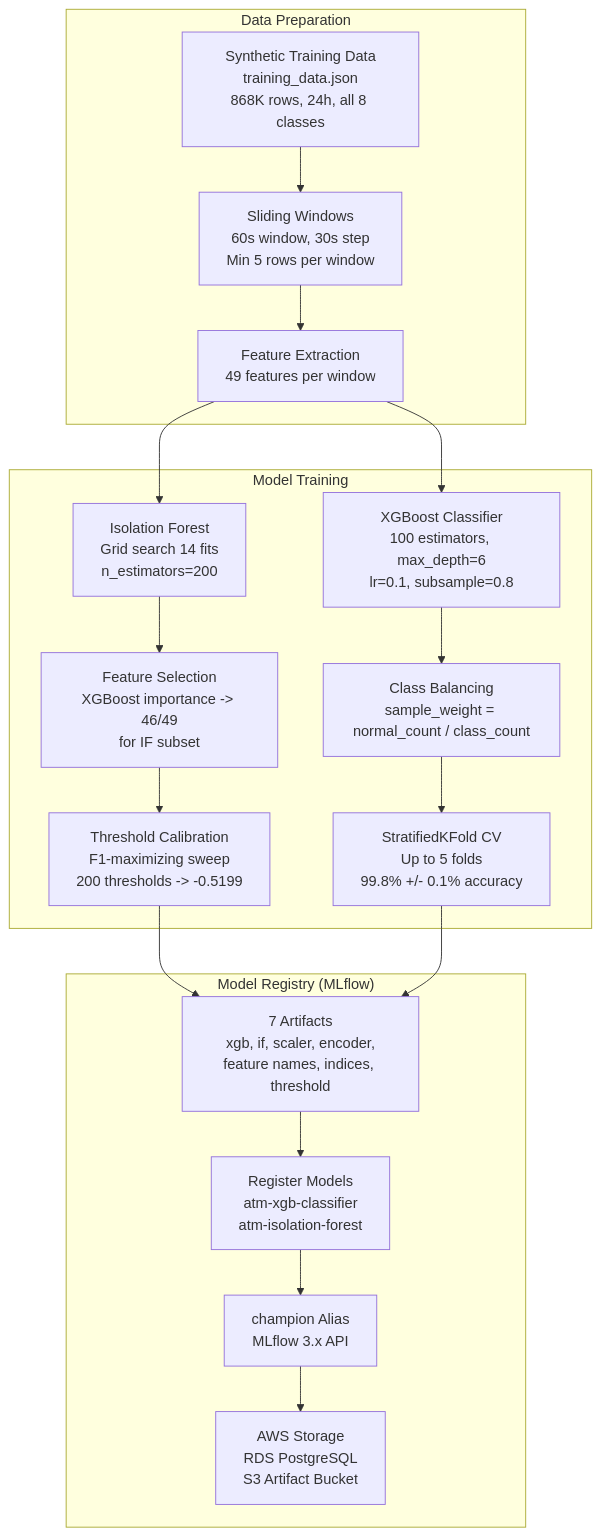
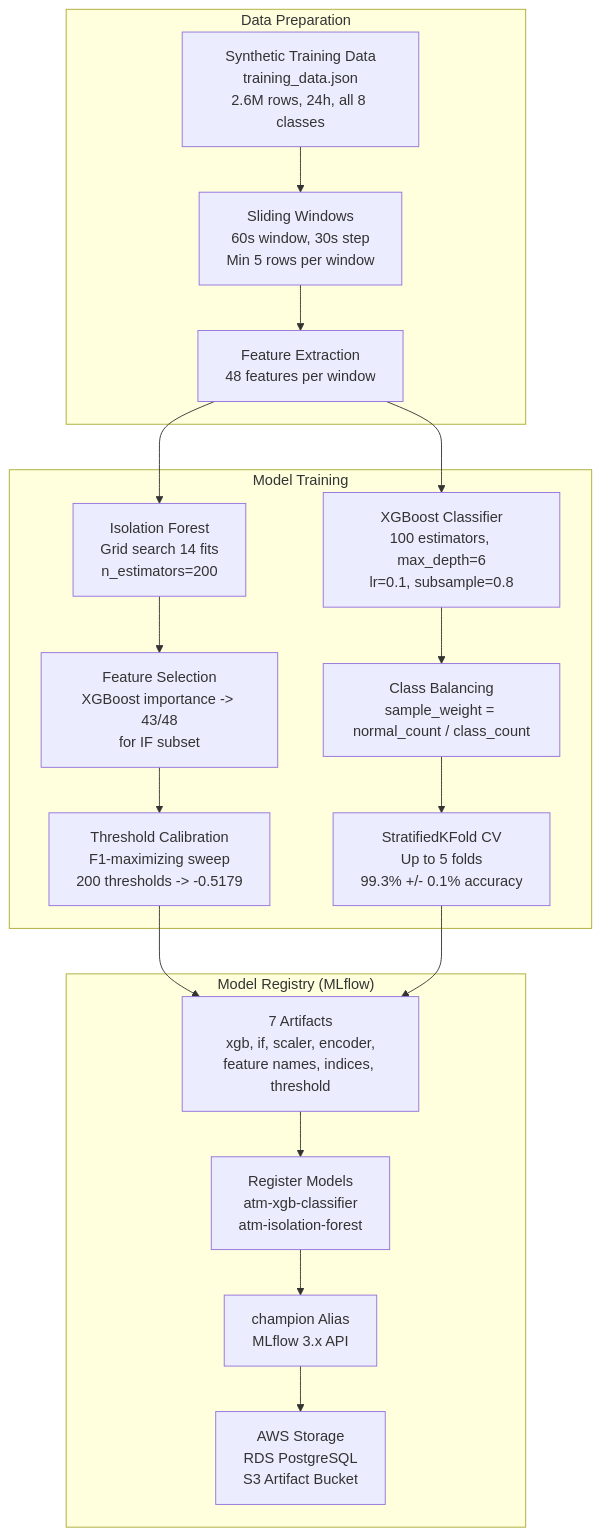
Before and after one commit to AhmedIkram05/laad: the fifth of 10 diagrams in docs/README-full.md, drawn with Mermaid. The commit also changed other lines of this file, not shown here.

First line of the commit message:
docs: update feature counts and accuracy metrics in README

````diff
--- a/docs/README-full.md
+++ b/docs/README-full.md
@@ -675,29 +675,29 @@
 ```mermaid
 flowchart TD
   subgraph Data ["Data Preparation"]
-    SYNTH["Synthetic Training Data<br/>training_data.json<br/>868K rows, 24h, all 8 classes"]
+    SYNTH["Synthetic Training Data<br/>training_data.json<br/>2.6M rows, 24h, all 8 classes"]
     WIN["Sliding Windows<br/>60s window, 30s step<br/>Min 5 rows per window"]
-    FE["Feature Extraction<br/>49 features per window"]
+    FE["Feature Extraction<br/>48 features per window"]
   end
 
   subgraph Training ["Model Training"]
     XGB_TRAIN["XGBoost Classifier<br/>100 estimators, max_depth=6<br/>lr=0.1, subsample=0.8"]
-    CV["StratifiedKFold CV<br/>Up to 5 folds<br/>99.8% +/- 0.1% accuracy"]
+    CV["StratifiedKFold CV<br/>Up to 5 folds<br/>99.3% +/- 0.1% accuracy"]
     BAL["Class Balancing<br/>sample_weight = normal_count / class_count"]
     IF_TRAIN["Isolation Forest<br/>Grid search 14 fits<br/>n_estimators=200"]
-    FS["Feature Selection<br/>XGBoost importance -> 46/49<br/>for IF subset"]
-    TC["Threshold Calibration<br/>F1-maximizing sweep<br/>200 thresholds -> -0.5199"]
+    FS["Feature Selection<br/>XGBoost importance -> 43/48<br/>for IF subset"]
+    TC["Threshold Calibration<br/>F1-maximizing sweep<br/>200 thresholds -> -0.5179"]
   end
 
   subgraph Registry ["Model Registry (MLflow)"]
     SAVE["7 Artifacts<br/>xgb, if, scaler, encoder,<br/>feature names, indices, threshold"]
     REG["Register Models<br/>atm-xgb-classifier<br/>atm-isolation-forest"]
     ALIAS["champion Alias<br/>MLflow 3.x API"]
     AWS["AWS Storage<br/>RDS PostgreSQL<br/>S3 Artifact Bucket"]
   end
 
   SYNTH --> WIN --> FE
   FE --> XGB_TRAIN --> BAL --> CV
   FE --> IF_TRAIN --> FS --> TC
   TC & CV --> SAVE --> REG --> ALIAS --> AWS
 ```
````
